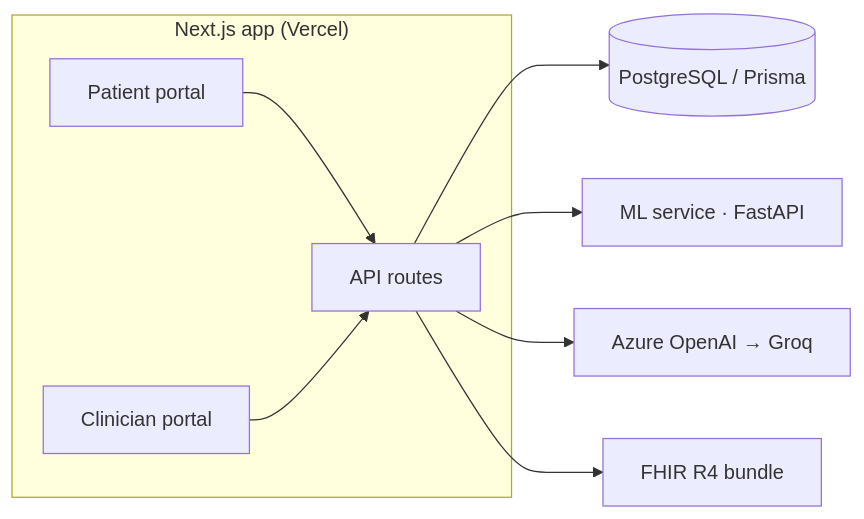
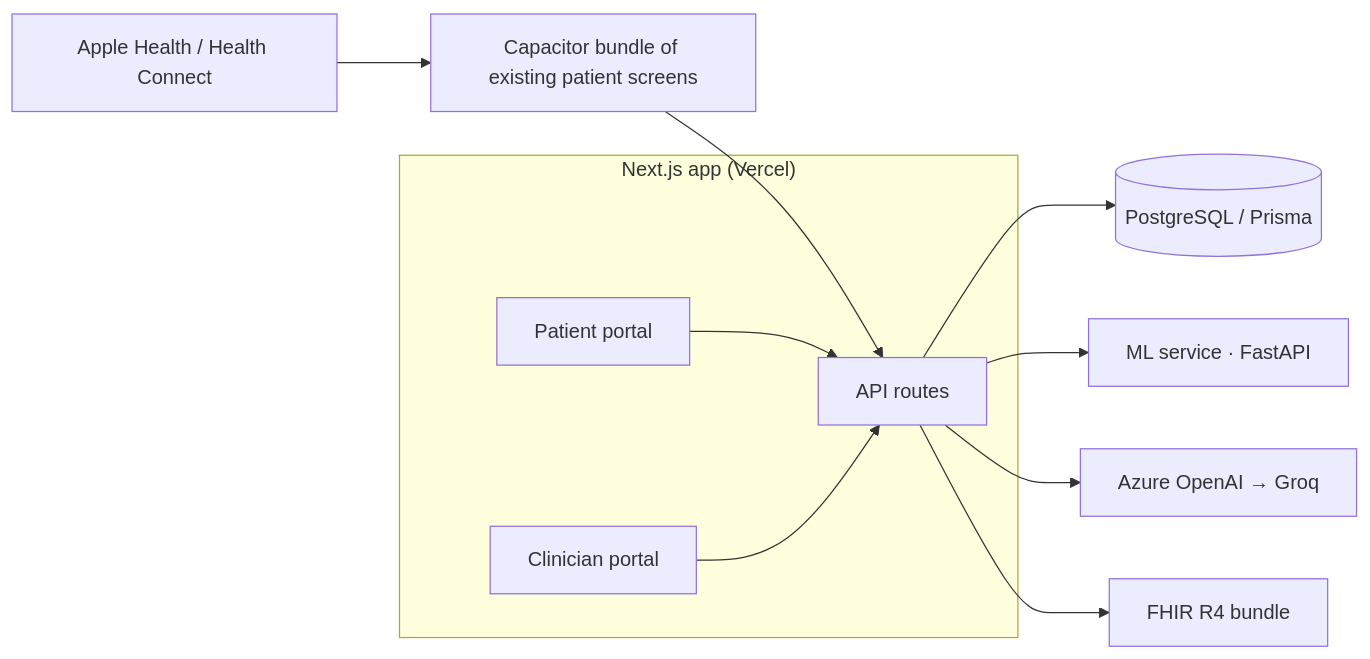
Before and after one commit to renatocosta0/reproai-main: the diagram in README.md, drawn with Mermaid. The commit also changed other lines of this file and 106 other files, not shown here.

````diff
--- a/README.md
+++ b/README.md
@@ -112,14 +113,16 @@
 ```mermaid
 flowchart LR
   subgraph App["Next.js app (Vercel)"]
     P[Patient portal]
     C[Clinician portal]
     API[API routes]
   end
+  M[Capacitor bundle of existing patient screens] --> API
+  H[Apple Health / Health Connect] --> M
   P --> API
   C --> API
   API --> DB[(PostgreSQL / Prisma)]
   API --> ML[ML service · FastAPI]
   API --> LLM[Azure OpenAI → Groq]
   API --> FHIR[FHIR R4 bundle]
 ```
````
